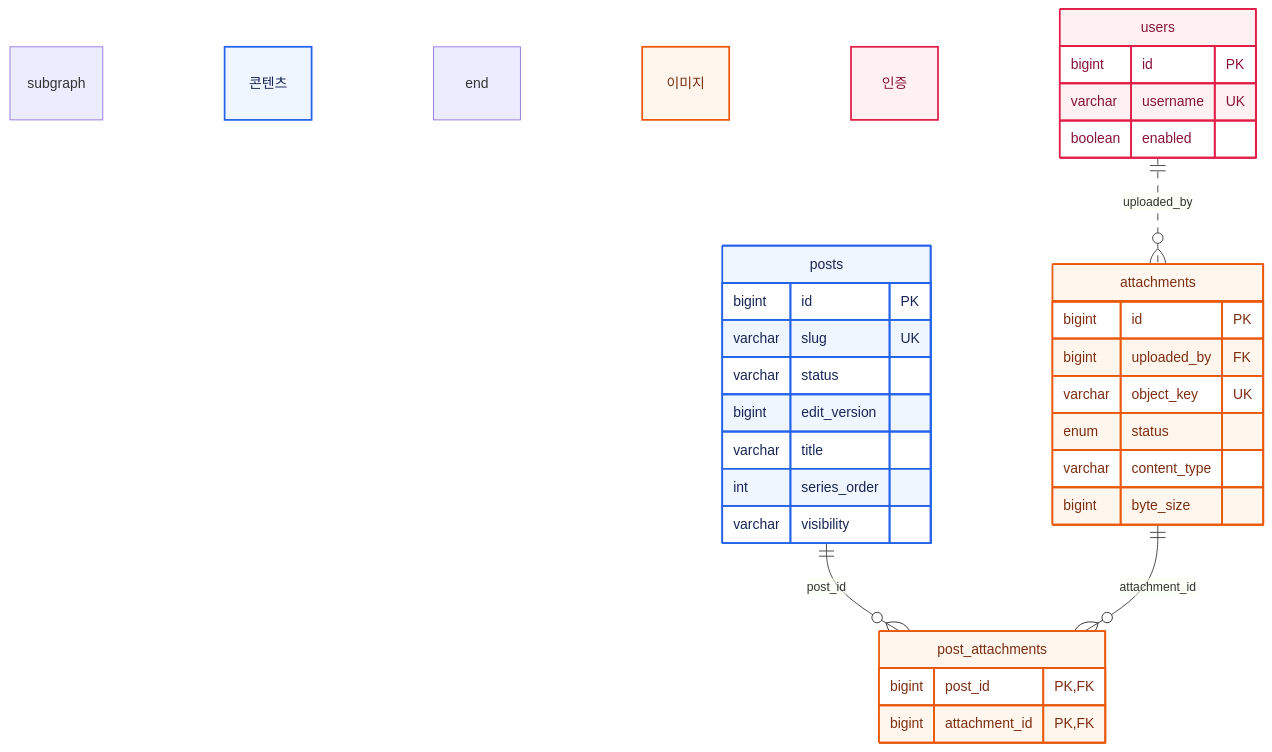
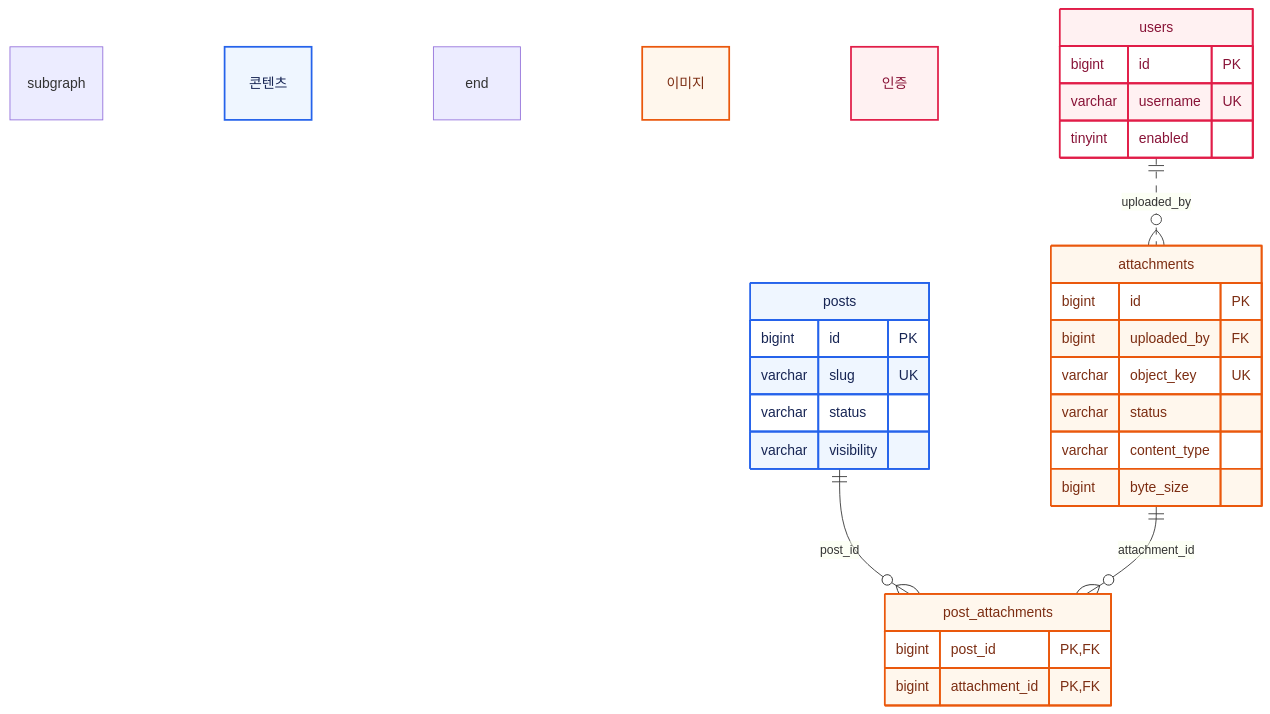
One commit to gjaku1031/ken-blog changed the fourth of 6 diagrams in content/posts/post-f9235d74-4d5b-4705-8f59-ba3511bd50e9.md. Above: the diagram before and after it, drawn with Mermaid. The commit also changed other lines of this file and 14 other files, not shown here.

First line of the commit message:
docs: restructure architecture and finish data, ops, security docs

````diff
--- a/content/posts/post-f9235d74-4d5b-4705-8f59-ba3511bd50e9.md
+++ b/content/posts/post-f9235d74-4d5b-4705-8f59-ba3511bd50e9.md
@@ -265,45 +263,42 @@
-```mermaid
+```mermaid caption="글과 이미지는 post_attachments를 통한 다대다 관계이며 연결 행의 복합 PK는 (post_id, attachment_id). 첨부 등록자는 필수 사용자 FK"
 erDiagram
     direction TB
     subgraph content_detail["콘텐츠"]
         posts {
             bigint id PK
             varchar slug UK
             varchar status
-            bigint edit_version
-            varchar title
-            int series_order
             varchar visibility
         }
     end
     subgraph media_detail["이미지"]
         attachments {
             bigint id PK
             bigint uploaded_by FK
             varchar object_key UK
-            enum status
+            varchar status
             varchar content_type
             bigint byte_size
         }
         post_attachments {
             bigint post_id PK, FK
             bigint attachment_id PK, FK
         }
     end
     subgraph auth_detail["인증"]
         users {
             bigint id PK
             varchar username UK
-            boolean enabled
+            tinyint enabled
         }
     end
     posts ||--o{ post_attachments : post_id
     attachments ||--o{ post_attachments : attachment_id
     users ||..o{ attachments : uploaded_by
     classDef content fill:#eff6ff,stroke:#2563eb,color:#172554,stroke-width:2px
     class content_detail,posts content
     classDef media fill:#fff7ed,stroke:#ea580c,color:#7c2d12,stroke-width:2px
     class media_detail,attachments,post_attachments media
     classDef auth fill:#fff1f2,stroke:#e11d48,color:#881337,stroke-width:2px
     class auth_detail,users auth
 ```
````
